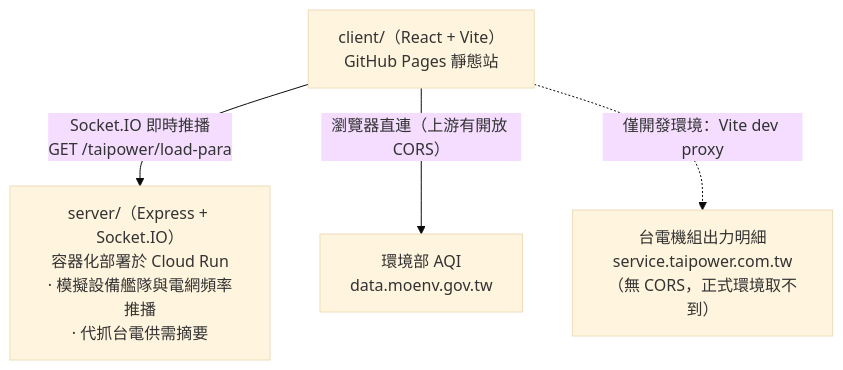
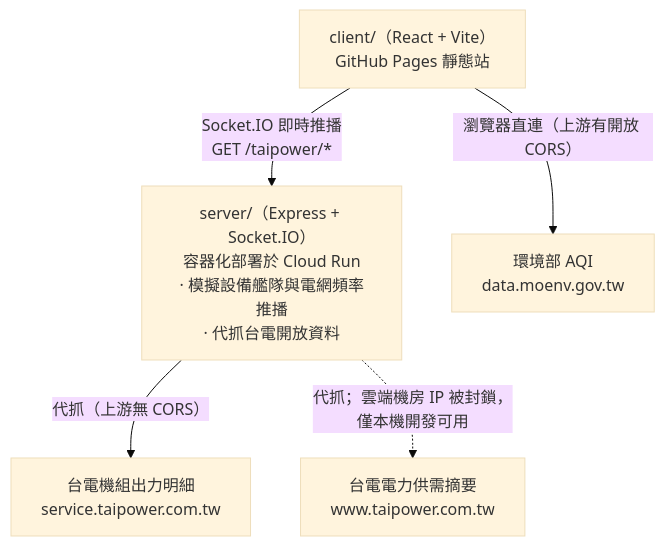
Before and after one commit to usyuan/eco-grid-ems: the first of 2 diagrams in README.md, drawn with Mermaid (base theme). The commit also changed other lines of this file and 9 other files, not shown here.

````diff
--- a/README.md
+++ b/README.md
@@ -20,11 +20,13 @@
 ```mermaid
 flowchart TB
     A["client/（React + Vite）<br/>GitHub Pages 靜態站"]
-    A -->|"Socket.IO 即時推播<br/>GET /taipower/load-para"| B
+    A -->|"Socket.IO 即時推播<br/>GET /taipower/*"| B
     A -->|"瀏覽器直連（上游有開放 CORS）"| C
-    A -.->|"僅開發環境：Vite dev proxy"| D
+    B -->|"代抓（上游無 CORS）"| D
+    B -.->|"代抓；雲端機房 IP 被封鎖，僅本機開發可用"| E
 
-    B["server/（Express + Socket.IO）<br/>容器化部署於 Cloud Run<br/>· 模擬設備艦隊與電網頻率推播<br/>· 代抓台電供需摘要"]
+    B["server/（Express + Socket.IO）<br/>容器化部署於 Cloud Run<br/>· 模擬設備艦隊與電網頻率推播<br/>· 代抓台電開放資料"]
     C["環境部 AQI<br/>data.moenv.gov.tw"]
-    D["台電機組出力明細<br/>service.taipower.com.tw<br/>（無 CORS，正式環境取不到）"]
+    D["台電機組出力明細<br/>service.taipower.com.tw"]
+    E["台電電力供需摘要<br/>www.taipower.com.tw"]
 ```
````
